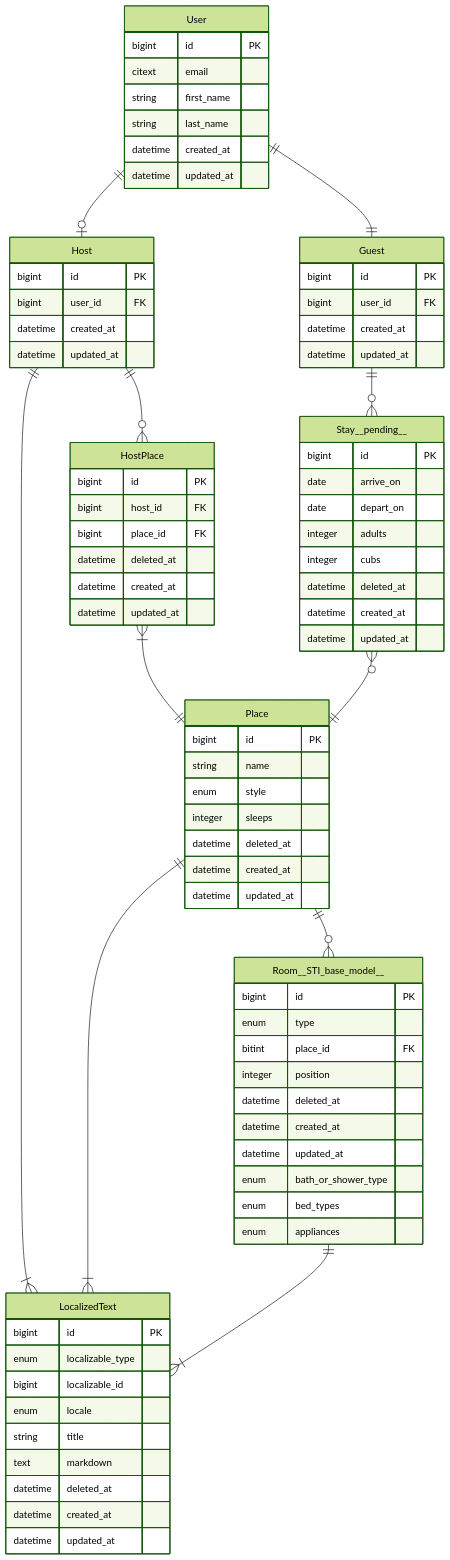
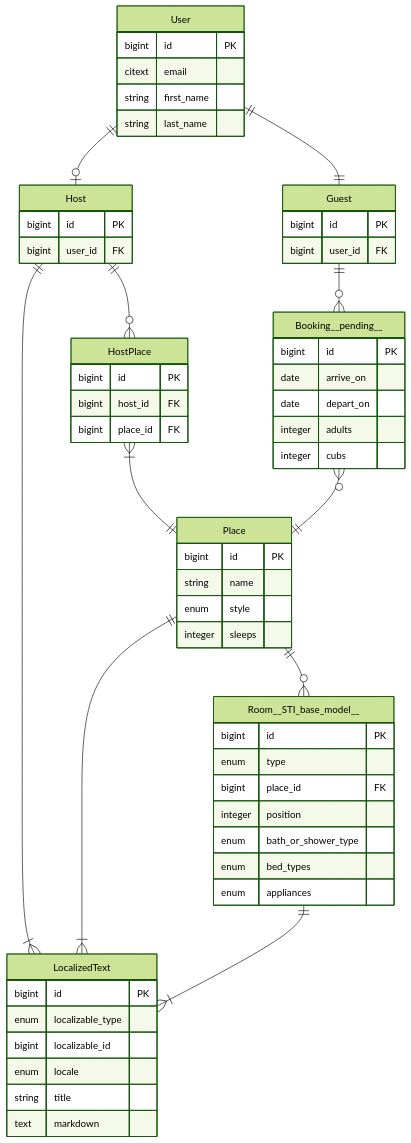
One commit to rvohealth/psychic-guides changed the diagram in docs/tutorials/bearbnb.mdx. Above: the diagram before and after it, drawn with Mermaid (forest theme). The commit also changed 6 other files, not shown here.

````diff
--- a/docs/tutorials/bearbnb.mdx
+++ b/docs/tutorials/bearbnb.mdx
@@ -25,22 +25,16 @@
     citext email
     string first_name
     string last_name
-    datetime created_at
-    datetime updated_at
   }
 
   Guest {
     bigint id PK
     bigint user_id FK
-    datetime created_at
-    datetime updated_at
   }
 
   Host {
     bigint id PK
     bigint user_id FK
-    datetime created_at
-    datetime updated_at
   }
 
   Place {
@@ -48,29 +42,20 @@
     string name
     enum style
     integer sleeps
-    datetime deleted_at
-    datetime created_at
-    datetime updated_at
   }
 
   HostPlace {
     bigint id PK
     bigint host_id FK
     bigint place_id FK
-    datetime deleted_at
-    datetime created_at
-    datetime updated_at
   }
 
 
   Room__STI_base_model__ {
     bigint id PK
     enum type
-    bitint place_id FK
+    bigint place_id FK
     integer position
-    datetime deleted_at
-    datetime created_at
-    datetime updated_at
 
     enum bath_or_shower_type
     enum bed_types
@@ -84,31 +69,25 @@
     enum locale
     string title
     text markdown
-    datetime deleted_at
-    datetime created_at
-    datetime updated_at
   }
 
-  Stay__pending__ {
+  Booking__pending__ {
     bigint id PK
     date arrive_on
     date depart_on
     integer adults
     integer cubs
-    datetime deleted_at
-    datetime created_at
-    datetime updated_at
   }
 
 
   User ||--|| Guest : ""
   User ||--o| Host : ""
-  Guest ||--o{ Stay__pending__ : ""
+  Guest ||--o{ Booking__pending__ : ""
   Host ||--o{ HostPlace : ""
   HostPlace }|--|| Place : ""
   Place ||--o{ Room__STI_base_model__ : ""
   Host ||--|{ LocalizedText : ""
   Place ||--|{ LocalizedText : ""
   Room__STI_base_model__ ||--|{ LocalizedText : ""
-  Stay__pending__ }o--|| Place : ""
+  Booking__pending__ }o--|| Place : ""
 ```
````
